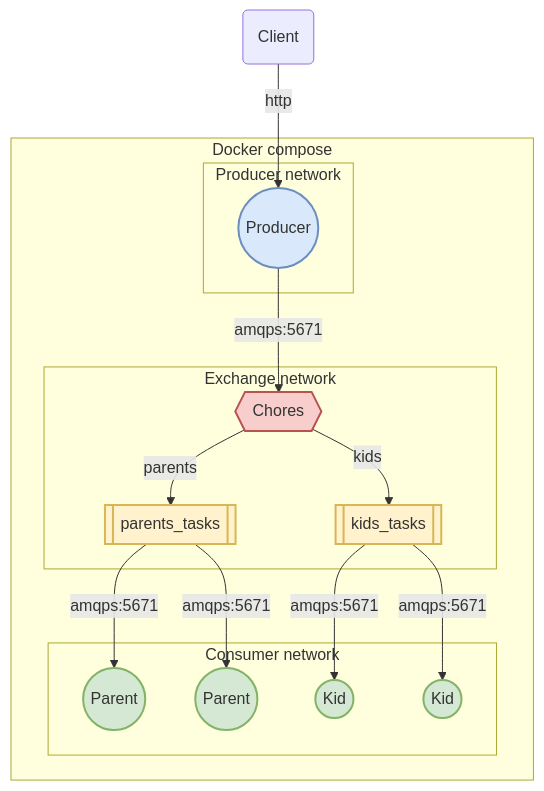
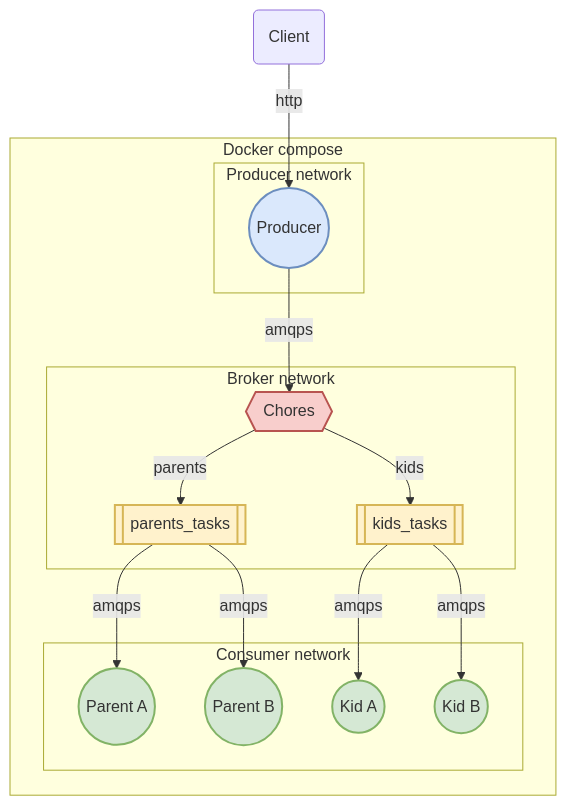
Before and after one commit to matthew-shaw/rabbit-stew: the diagram in README.md, drawn with Mermaid.

Commit message:
update design

````diff
--- a/README.md
+++ b/README.md
@@ -11,34 +11,34 @@
 ```mermaid
 flowchart TB
     client(Client)
     subgraph Docker compose
         subgraph Producer network
             P((Producer)):::P
         end
 
-        subgraph Exchange network
-            X{{Chores}}:::E
+        subgraph Broker network
+            X{{Chores}}:::X
             Q1[[parents_tasks]]:::Q
             Q2[[kids_tasks]]:::Q
         end
         
         subgraph Consumer network
-            C1((Parent)):::C
-            C2((Parent)):::C
-            C3((Kid)):::C
-            C4((Kid)):::C
+            C1((Parent A)):::C
+            C2((Parent B)):::C
+            C3((Kid A)):::C
+            C4((Kid B)):::C
         end
     end
 
     client -- http --> P
-    P -- amqps:5671 --> X
+    P -- amqps --> X
     X -- parents --> Q1
     X -- kids --> Q2
-    Q1 -- amqps:5671 --> C1 & C2
-    Q2 -- amqps:5671 --> C3 & C4
+    Q1 -- amqps --> C1 & C2
+    Q2 -- amqps --> C3 & C4
 
     classDef P fill:#DAE8FC,stroke:#6C8EBF,stroke-width:2px
-    classDef E fill:#F8CECC,stroke:#B85450,stroke-width:2px
+    classDef X fill:#F8CECC,stroke:#B85450,stroke-width:2px
     classDef Q fill:#FFF2CC,stroke:#D6B656,stroke-width:2px
     classDef C fill:#D5E8D4,stroke:#82B366,stroke-width:2px
 ```
````
